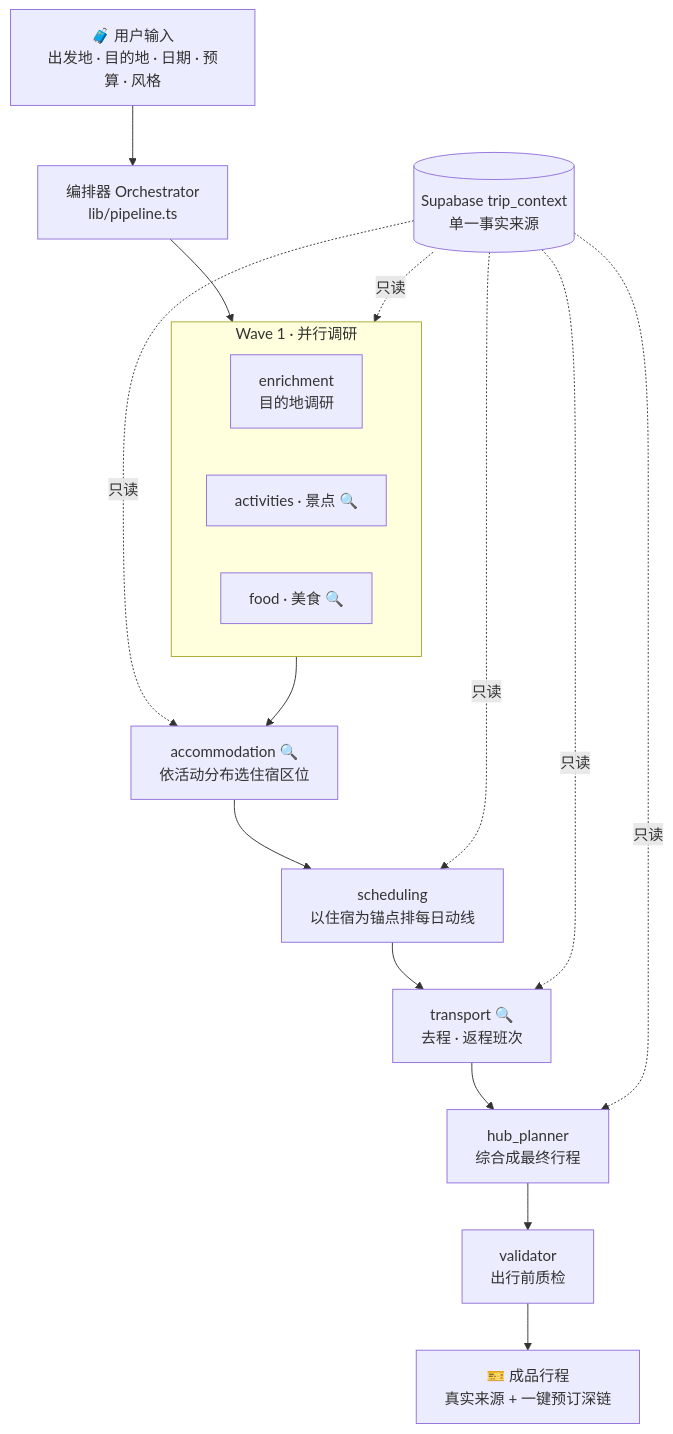
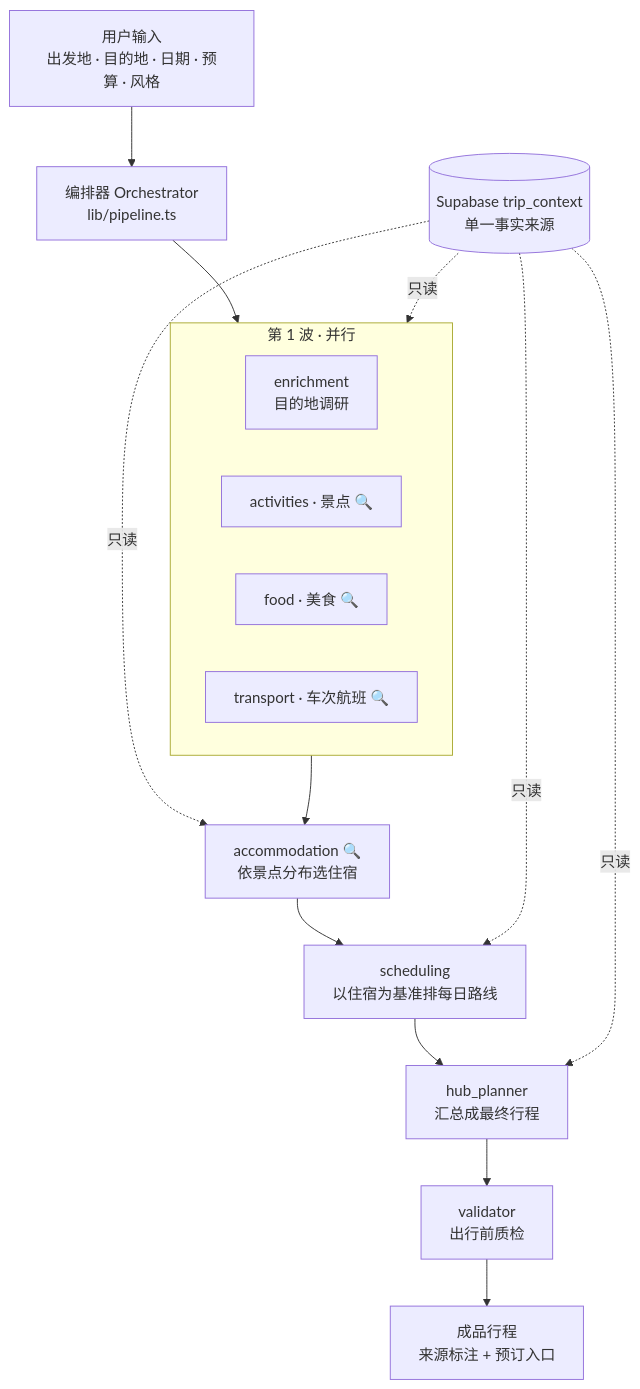
One commit to unumbrela/voyagent changed the diagram in README.md. Above: the diagram before and after it, drawn with Mermaid. The commit also changed other lines of this file and 3 other files, not shown here.

````diff
--- a/README.md
+++ b/README.md
@@ -59,22 +40,21 @@
 ```mermaid
 flowchart TB
-  U["🧳 用户输入<br/>出发地 · 目的地 · 日期 · 预算 · 风格"] --> ORCH["编排器 Orchestrator<br/>lib/pipeline.ts"]
+  U["用户输入<br/>出发地 · 目的地 · 日期 · 预算 · 风格"] --> ORCH["编排器 Orchestrator<br/>lib/pipeline.ts"]
   ORCH --> W1
-  subgraph W1["Wave 1 · 并行调研"]
+  subgraph W1["第 1 波 · 并行"]
     direction LR
     E["enrichment<br/>目的地调研"]
     A["activities · 景点 🔍"]
     F["food · 美食 🔍"]
+    T["transport · 车次航班 🔍"]
   end
-  W1 --> ACC["accommodation 🔍<br/>依活动分布选住宿区位"]
-  ACC --> SCH["scheduling<br/>以住宿为锚点排每日动线"]
-  SCH --> TR["transport 🔍<br/>去程 · 返程班次"]
-  TR --> HUB["hub_planner<br/>综合成最终行程"]
+  W1 --> ACC["accommodation 🔍<br/>依景点分布选住宿"]
+  ACC --> SCH["scheduling<br/>以住宿为基准排每日路线"]
+  SCH --> HUB["hub_planner<br/>汇总成最终行程"]
   HUB --> VAL["validator<br/>出行前质检"]
-  VAL --> OUT["🎫 成品行程<br/>真实来源 + 一键预订深链"]
+  VAL --> OUT["成品行程<br/>来源标注 + 预订入口"]
   CTX[("Supabase trip_context<br/>单一事实来源")] -. 只读 .-> W1
   CTX -. 只读 .-> ACC
   CTX -. 只读 .-> SCH
-  CTX -. 只读 .-> TR
   CTX -. 只读 .-> HUB
 ```
````
